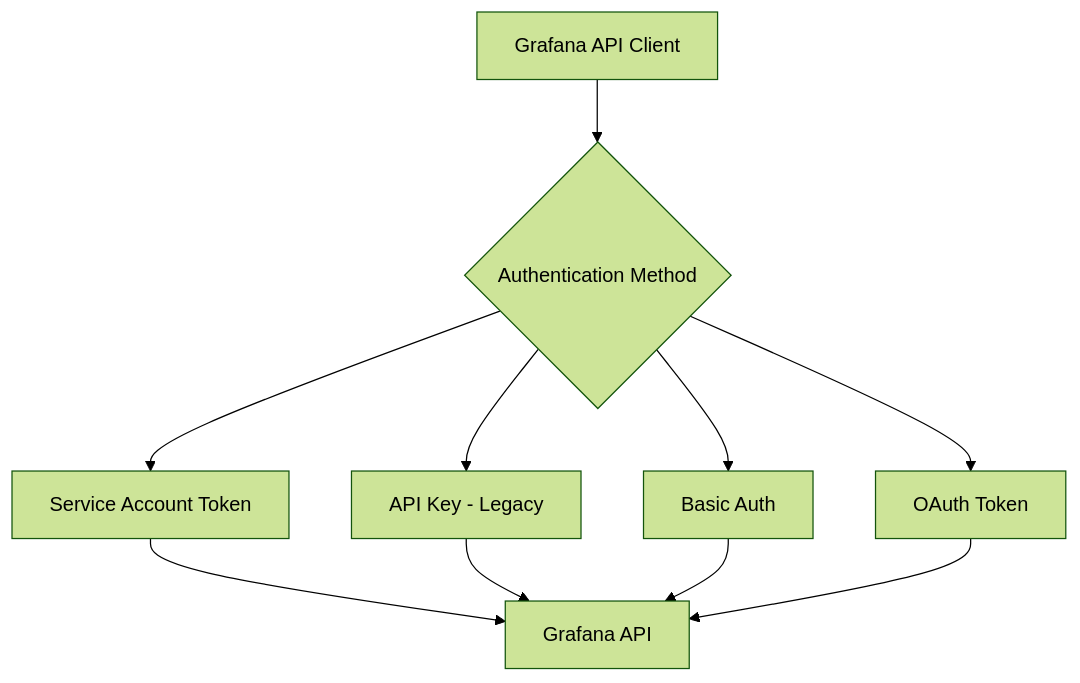
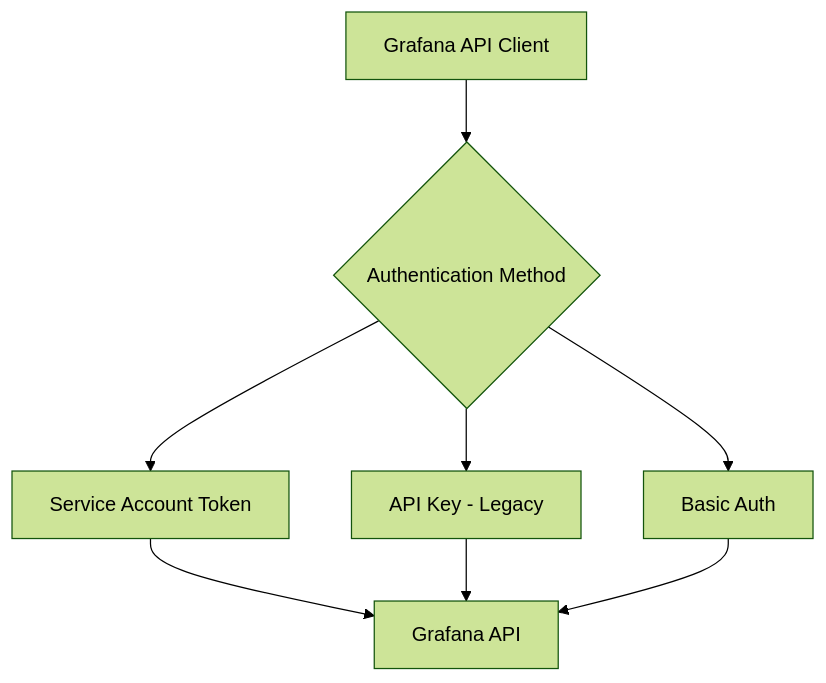
One commit to OneUptime/blog changed the diagram in posts/2025-12-17-grafana-api-automatic-authentication/README.md. Above: the diagram before and after it, drawn with Mermaid (forest theme). The commit also changed other lines of this file and 2 other files, not shown here.

````diff
--- a/posts/2025-12-17-grafana-api-automatic-authentication/README.md
+++ b/posts/2025-12-17-grafana-api-automatic-authentication/README.md
@@ -15,12 +15,10 @@
 ```mermaid
 graph TD
     A[Grafana API Client] --> B{Authentication Method}
     B --> C[Service Account Token]
     B --> D[API Key - Legacy]
     B --> E[Basic Auth]
-    B --> F[OAuth Token]
     C --> G[Grafana API]
     D --> G
     E --> G
-    F --> G
 ```
````
